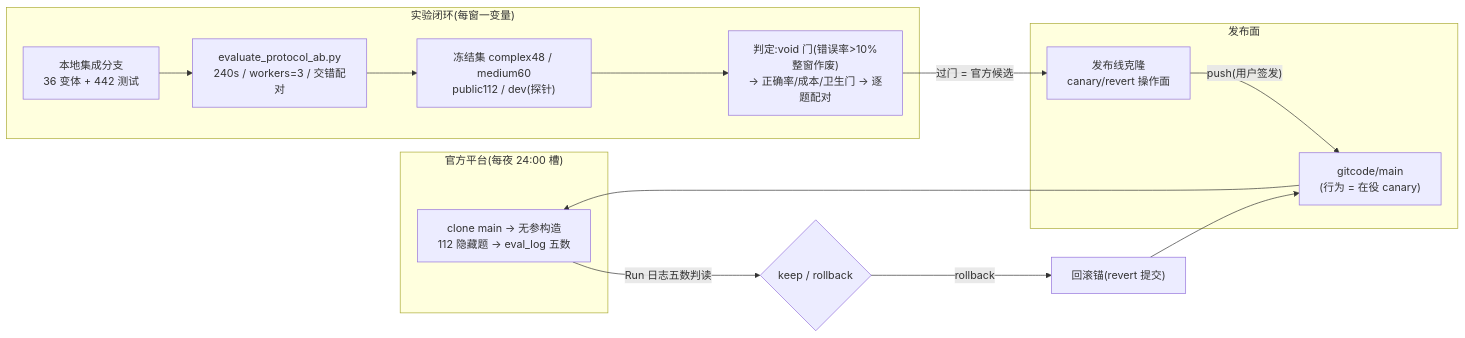
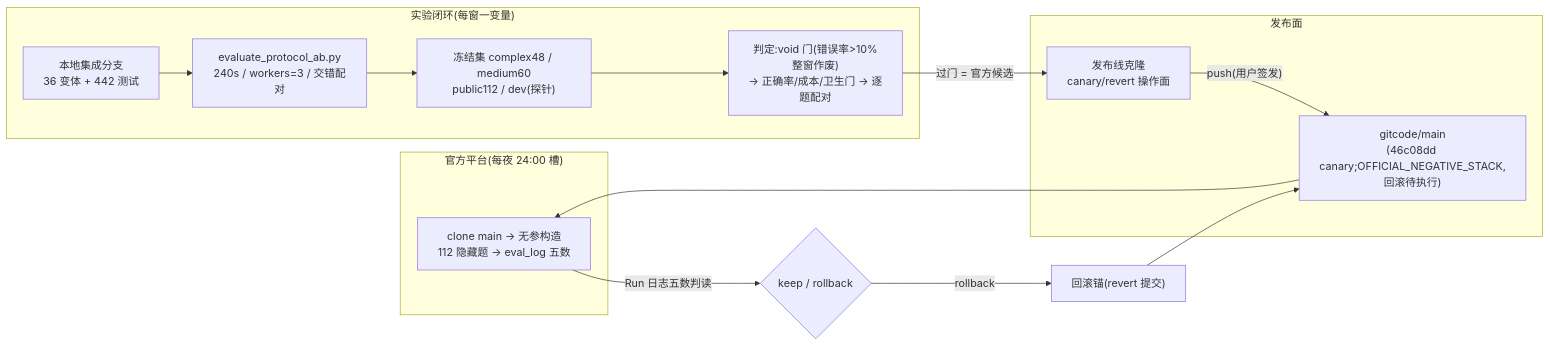
The second of 2 diagrams in README.md (RUSS0718/Challenge-Cup-2026), drawn with Mermaid before and after one commit. The commit also changed other lines of this file and 5 other files, not shown here.

````diff
--- a/README.md
+++ b/README.md
@@ -48,21 +50,21 @@
 ```mermaid
 flowchart LR
     subgraph official["官方平台(每夜 24:00 槽)"]
         judge["clone main → 无参构造<br/>112 隐藏题 → eval_log 五数"]
     end
     subgraph deploy["发布面"]
-        gitcode["gitcode/main<br/>(行为 = 在役 canary)"]
+        gitcode["gitcode/main<br/>(46c08dd canary;OFFICIAL_NEGATIVE_STACK,回滚待执行)"]
         release["发布线克隆<br/>canary/revert 操作面"]
     end
     subgraph loop["实验闭环(每窗一变量)"]
         branch["本地集成分支<br/>36 变体 + 442 测试"]
         runner["evaluate_protocol_ab.py<br/>240s / workers=3 / 交错配对"]
         sets["冻结集 complex48 / medium60<br/>public112 / dev(探针)"]
         judge2["判定:void 门(错误率>10%整窗作废)<br/>→ 正确率/成本/卫生门 → 逐题配对"]
     end
     branch --> runner --> sets --> judge2
     judge2 -->|"过门 = 官方候选"| release
     release -->|"push(用户签发)"| gitcode --> judge
     judge -->|"Run 日志五数判读"| decision{"keep / rollback"}
     decision -->|"rollback"| anchor["回滚锚(revert 提交)"] --> gitcode
 ```
````
